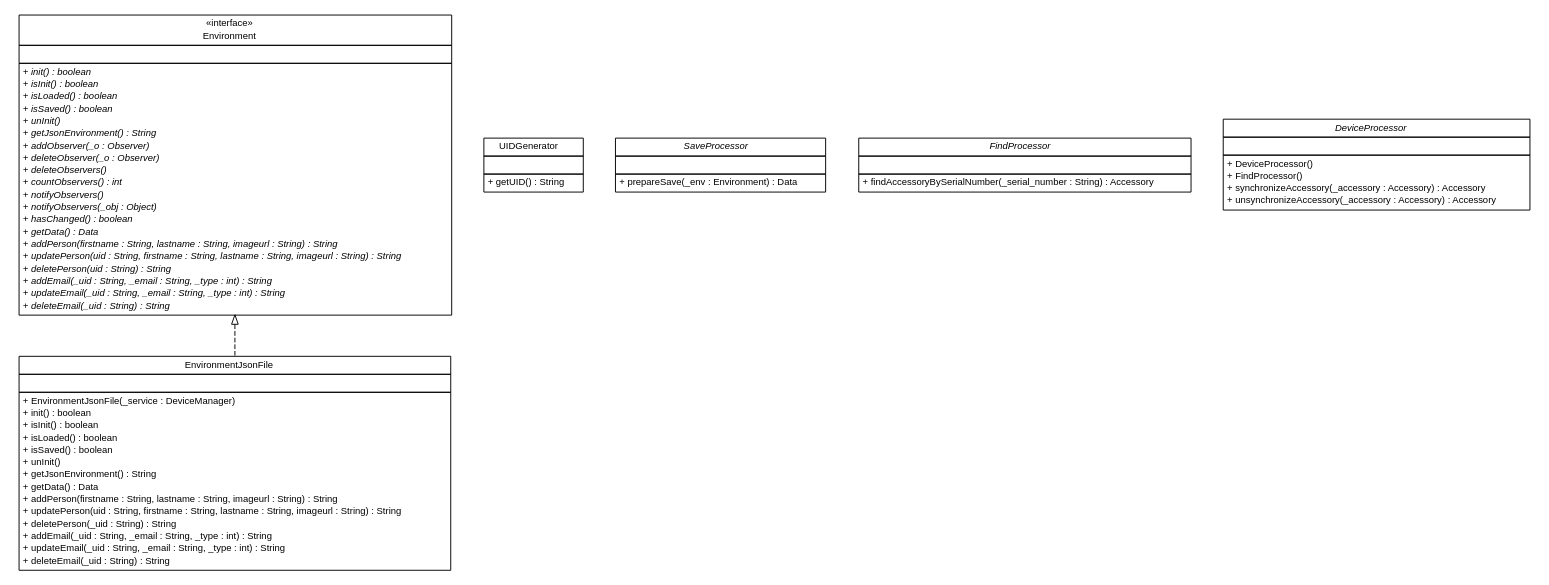
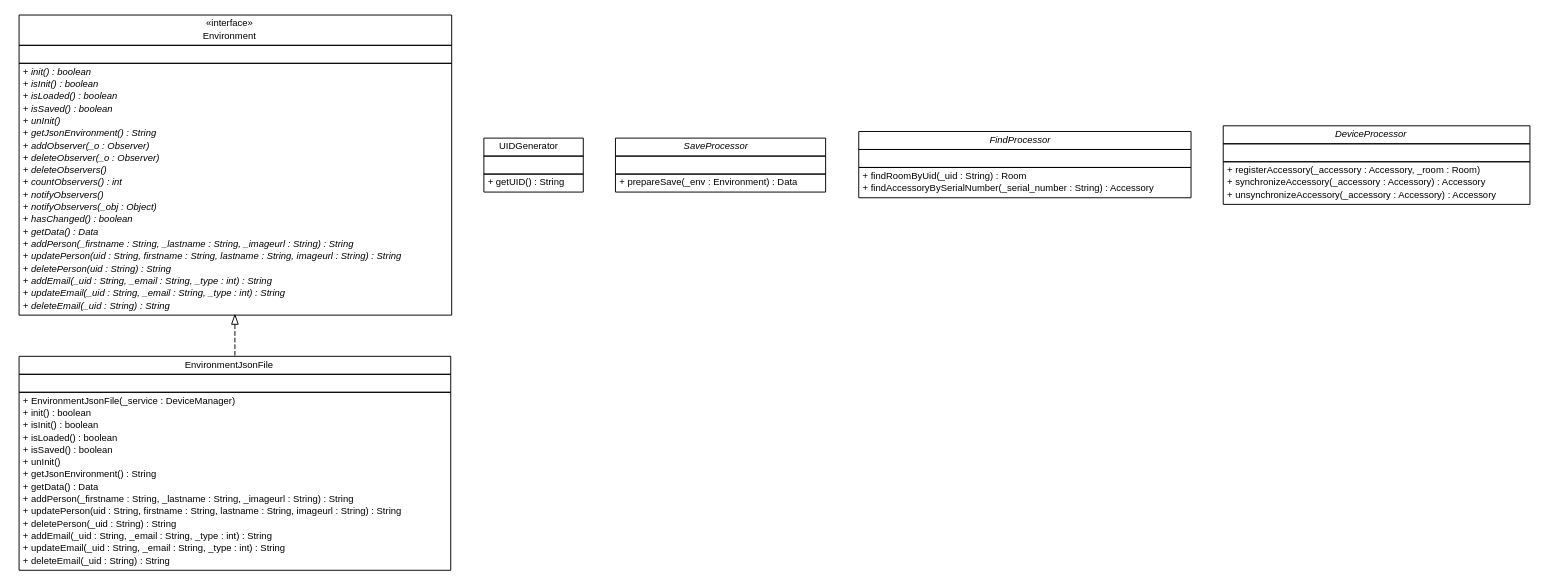
One commit to ericpinet/ConnectLife changed the diagram in javadoc/coreserver/com/connectlife/coreserver/environment/com.connectlife.coreserver.environment.dot. Above: the diagram before and after it, drawn with Graphviz. The commit also changed 217 other files, not shown here.

```diff
--- a/javadoc/coreserver/com/connectlife/coreserver/environment/com.connectlife.coreserver.environment.dot
+++ b/javadoc/coreserver/com/connectlife/coreserver/environment/com.connectlife.coreserver.environment.dot
@@ -1,122 +1,122 @@
 #!/usr/local/bin/dot
 #
 # Class diagram 
 # Generated by UMLGraph version 5.1 (http://www.umlgraph.org/)
 #
 
 digraph G {
 	edge [fontname="Helvetica",fontsize=10,labelfontname="Helvetica",labelfontsize=10];
 	node [fontname="Helvetica",fontsize=10,shape=plaintext];
 	nodesep=0.25;
 	ranksep=0.5;
 	// com.connectlife.coreserver.environment.Environment
 	c218 [label=<<table title="com.connectlife.coreserver.environment.Environment" border="0" cellborder="1" cellspacing="0" cellpadding="2" port="p" href="./Environment.html">
 		<tr><td><table border="0" cellspacing="0" cellpadding="1">
 <tr><td align="center" balign="center"> &#171;interface&#187; </td></tr>
 <tr><td align="center" balign="center"> Environment </td></tr>
 		</table></td></tr>
 		<tr><td><table border="0" cellspacing="0" cellpadding="1">
 <tr><td align="left" balign="left">  </td></tr>
 		</table></td></tr>
 		<tr><td><table border="0" cellspacing="0" cellpadding="1">
 <tr><td align="left" balign="left"><font face="Helvetica-Oblique" point-size="10.0"> + init() : boolean </font></td></tr>
 <tr><td align="left" balign="left"><font face="Helvetica-Oblique" point-size="10.0"> + isInit() : boolean </font></td></tr>
 <tr><td align="left" balign="left"><font face="Helvetica-Oblique" point-size="10.0"> + isLoaded() : boolean </font></td></tr>
 <tr><td align="left" balign="left"><font face="Helvetica-Oblique" point-size="10.0"> + isSaved() : boolean </font></td></tr>
 <tr><td align="left" balign="left"><font face="Helvetica-Oblique" point-size="10.0"> + unInit() </font></td></tr>
 <tr><td align="left" balign="left"><font face="Helvetica-Oblique" point-size="10.0"> + getJsonEnvironment() : String </font></td></tr>
 <tr><td align="left" balign="left"><font face="Helvetica-Oblique" point-size="10.0"> + addObserver(_o : Observer) </font></td></tr>
 <tr><td align="left" balign="left"><font face="Helvetica-Oblique" point-size="10.0"> + deleteObserver(_o : Observer) </font></td></tr>
 <tr><td align="left" balign="left"><font face="Helvetica-Oblique" point-size="10.0"> + deleteObservers() </font></td></tr>
 <tr><td align="left" balign="left"><font face="Helvetica-Oblique" point-size="10.0"> + countObservers() : int </font></td></tr>
 <tr><td align="left" balign="left"><font face="Helvetica-Oblique" point-size="10.0"> + notifyObservers() </font></td></tr>
 <tr><td align="left" balign="left"><font face="Helvetica-Oblique" point-size="10.0"> + notifyObservers(_obj : Object) </font></td></tr>
 <tr><td align="left" balign="left"><font face="Helvetica-Oblique" point-size="10.0"> + hasChanged() : boolean </font></td></tr>
 <tr><td align="left" balign="left"><font face="Helvetica-Oblique" point-size="10.0"> + getData() : Data </font></td></tr>
-<tr><td align="left" balign="left"><font face="Helvetica-Oblique" point-size="10.0"> + addPerson(firstname : String, lastname : String, imageurl : String) : String </font></td></tr>
+<tr><td align="left" balign="left"><font face="Helvetica-Oblique" point-size="10.0"> + addPerson(_firstname : String, _lastname : String, _imageurl : String) : String </font></td></tr>
 <tr><td align="left" balign="left"><font face="Helvetica-Oblique" point-size="10.0"> + updatePerson(uid : String, firstname : String, lastname : String, imageurl : String) : String </font></td></tr>
 <tr><td align="left" balign="left"><font face="Helvetica-Oblique" point-size="10.0"> + deletePerson(uid : String) : String </font></td></tr>
 <tr><td align="left" balign="left"><font face="Helvetica-Oblique" point-size="10.0"> + addEmail(_uid : String, _email : String, _type : int) : String </font></td></tr>
 <tr><td align="left" balign="left"><font face="Helvetica-Oblique" point-size="10.0"> + updateEmail(_uid : String, _email : String, _type : int) : String </font></td></tr>
 <tr><td align="left" balign="left"><font face="Helvetica-Oblique" point-size="10.0"> + deleteEmail(_uid : String) : String </font></td></tr>
 		</table></td></tr>
 		</table>>, fontname="Helvetica", fontcolor="black", fontsize=10.0];
 	// com.connectlife.coreserver.environment.UIDGenerator
 	c219 [label=<<table title="com.connectlife.coreserver.environment.UIDGenerator" border="0" cellborder="1" cellspacing="0" cellpadding="2" port="p" href="./UIDGenerator.html">
 		<tr><td><table border="0" cellspacing="0" cellpadding="1">
 <tr><td align="center" balign="center"> UIDGenerator </td></tr>
 		</table></td></tr>
 		<tr><td><table border="0" cellspacing="0" cellpadding="1">
 <tr><td align="left" balign="left">  </td></tr>
 		</table></td></tr>
 		<tr><td><table border="0" cellspacing="0" cellpadding="1">
 <tr><td align="left" balign="left"> + getUID() : String </td></tr>
 		</table></td></tr>
 		</table>>, fontname="Helvetica", fontcolor="black", fontsize=10.0];
 	// com.connectlife.coreserver.environment.SaveProcessor
 	c220 [label=<<table title="com.connectlife.coreserver.environment.SaveProcessor" border="0" cellborder="1" cellspacing="0" cellpadding="2" port="p" href="./SaveProcessor.html">
 		<tr><td><table border="0" cellspacing="0" cellpadding="1">
 <tr><td align="center" balign="center"><font face="Helvetica-Oblique"> SaveProcessor </font></td></tr>
 		</table></td></tr>
 		<tr><td><table border="0" cellspacing="0" cellpadding="1">
 <tr><td align="left" balign="left">  </td></tr>
 		</table></td></tr>
 		<tr><td><table border="0" cellspacing="0" cellpadding="1">
 <tr><td align="left" balign="left"> + prepareSave(_env : Environment) : Data </td></tr>
 		</table></td></tr>
 		</table>>, fontname="Helvetica", fontcolor="black", fontsize=10.0];
 	// com.connectlife.coreserver.environment.EnvironmentJsonFile
 	c221 [label=<<table title="com.connectlife.coreserver.environment.EnvironmentJsonFile" border="0" cellborder="1" cellspacing="0" cellpadding="2" port="p" href="./EnvironmentJsonFile.html">
 		<tr><td><table border="0" cellspacing="0" cellpadding="1">
 <tr><td align="center" balign="center"> EnvironmentJsonFile </td></tr>
 		</table></td></tr>
 		<tr><td><table border="0" cellspacing="0" cellpadding="1">
 <tr><td align="left" balign="left">  </td></tr>
 		</table></td></tr>
 		<tr><td><table border="0" cellspacing="0" cellpadding="1">
 <tr><td align="left" balign="left"> + EnvironmentJsonFile(_service : DeviceManager) </td></tr>
 <tr><td align="left" balign="left"> + init() : boolean </td></tr>
 <tr><td align="left" balign="left"> + isInit() : boolean </td></tr>
 <tr><td align="left" balign="left"> + isLoaded() : boolean </td></tr>
 <tr><td align="left" balign="left"> + isSaved() : boolean </td></tr>
 <tr><td align="left" balign="left"> + unInit() </td></tr>
 <tr><td align="left" balign="left"> + getJsonEnvironment() : String </td></tr>
 <tr><td align="left" balign="left"> + getData() : Data </td></tr>
-<tr><td align="left" balign="left"> + addPerson(firstname : String, lastname : String, imageurl : String) : String </td></tr>
+<tr><td align="left" balign="left"> + addPerson(_firstname : String, _lastname : String, _imageurl : String) : String </td></tr>
 <tr><td align="left" balign="left"> + updatePerson(uid : String, firstname : String, lastname : String, imageurl : String) : String </td></tr>
 <tr><td align="left" balign="left"> + deletePerson(_uid : String) : String </td></tr>
 <tr><td align="left" balign="left"> + addEmail(_uid : String, _email : String, _type : int) : String </td></tr>
 <tr><td align="left" balign="left"> + updateEmail(_uid : String, _email : String, _type : int) : String </td></tr>
 <tr><td align="left" balign="left"> + deleteEmail(_uid : String) : String </td></tr>
 		</table></td></tr>
 		</table>>, fontname="Helvetica", fontcolor="black", fontsize=10.0];
 	// com.connectlife.coreserver.environment.FindProcessor
 	c222 [label=<<table title="com.connectlife.coreserver.environment.FindProcessor" border="0" cellborder="1" cellspacing="0" cellpadding="2" port="p" href="./FindProcessor.html">
 		<tr><td><table border="0" cellspacing="0" cellpadding="1">
 <tr><td align="center" balign="center"><font face="Helvetica-Oblique"> FindProcessor </font></td></tr>
 		</table></td></tr>
 		<tr><td><table border="0" cellspacing="0" cellpadding="1">
 <tr><td align="left" balign="left">  </td></tr>
 		</table></td></tr>
 		<tr><td><table border="0" cellspacing="0" cellpadding="1">
+<tr><td align="left" balign="left"> + findRoomByUid(_uid : String) : Room </td></tr>
 <tr><td align="left" balign="left"> + findAccessoryBySerialNumber(_serial_number : String) : Accessory </td></tr>
 		</table></td></tr>
 		</table>>, fontname="Helvetica", fontcolor="black", fontsize=10.0];
 	// com.connectlife.coreserver.environment.DeviceProcessor
 	c223 [label=<<table title="com.connectlife.coreserver.environment.DeviceProcessor" border="0" cellborder="1" cellspacing="0" cellpadding="2" port="p" href="./DeviceProcessor.html">
 		<tr><td><table border="0" cellspacing="0" cellpadding="1">
 <tr><td align="center" balign="center"><font face="Helvetica-Oblique"> DeviceProcessor </font></td></tr>
 		</table></td></tr>
 		<tr><td><table border="0" cellspacing="0" cellpadding="1">
 <tr><td align="left" balign="left">  </td></tr>
 		</table></td></tr>
 		<tr><td><table border="0" cellspacing="0" cellpadding="1">
-<tr><td align="left" balign="left"> + DeviceProcessor() </td></tr>
-<tr><td align="left" balign="left"> + FindProcessor() </td></tr>
+<tr><td align="left" balign="left"> + registerAccessory(_accessory : Accessory, _room : Room) </td></tr>
 <tr><td align="left" balign="left"> + synchronizeAccessory(_accessory : Accessory) : Accessory </td></tr>
 <tr><td align="left" balign="left"> + unsynchronizeAccessory(_accessory : Accessory) : Accessory </td></tr>
 		</table></td></tr>
 		</table>>, fontname="Helvetica", fontcolor="black", fontsize=10.0];
 	//com.connectlife.coreserver.environment.EnvironmentJsonFile implements com.connectlife.coreserver.environment.Environment
 	c218:p -> c221:p [dir=back,arrowtail=empty,style=dashed];
 }
```
